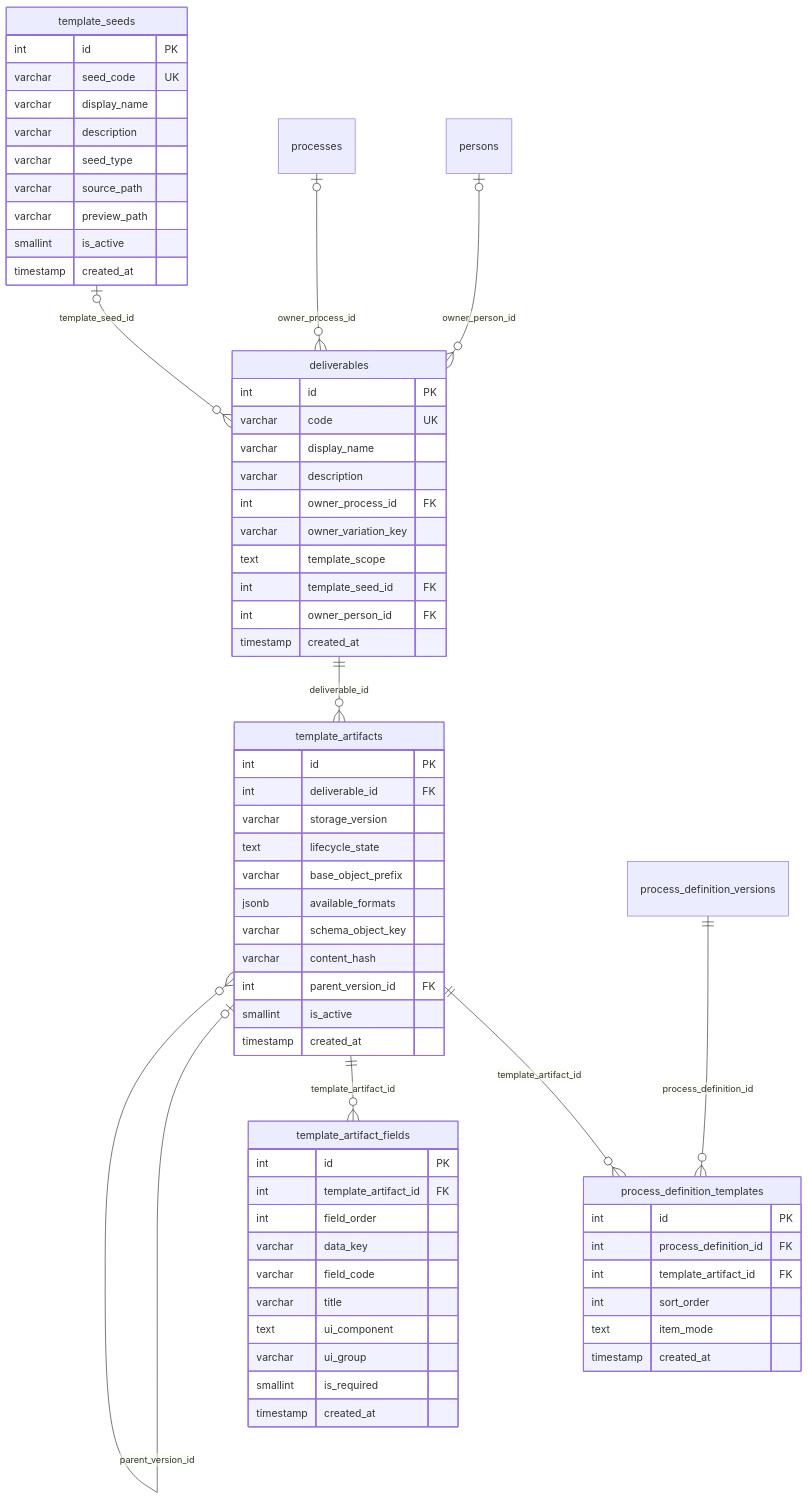
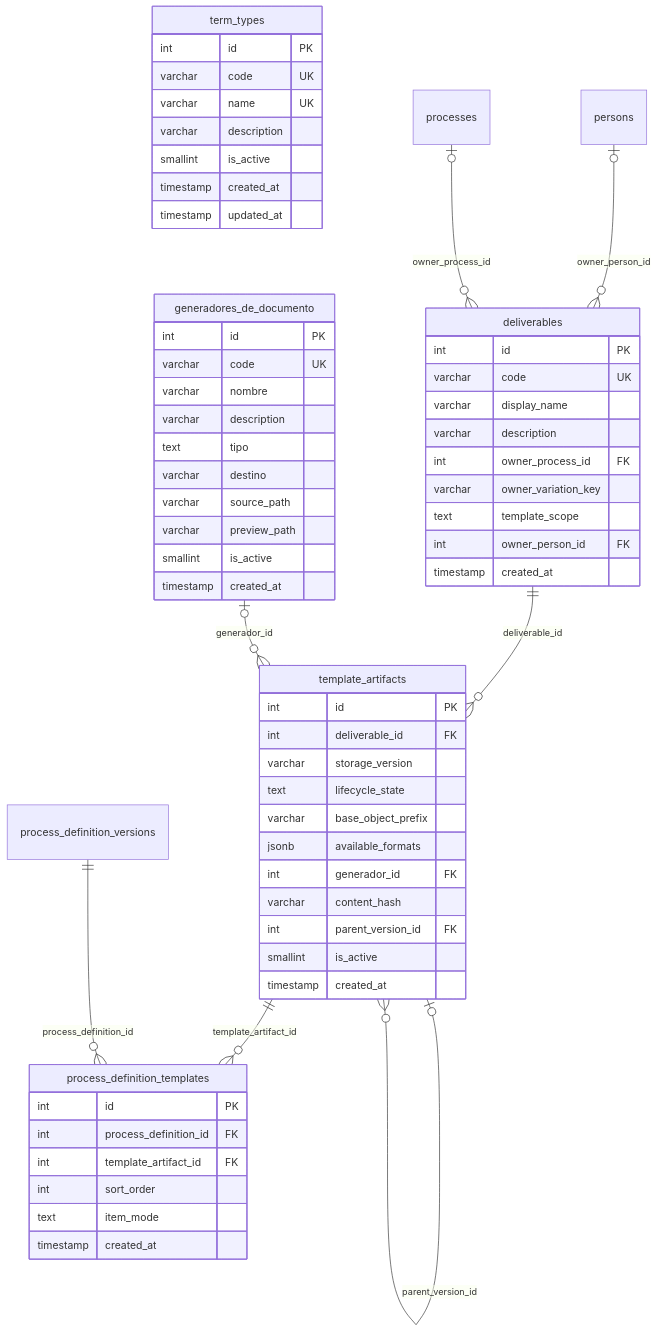
Before and after one commit to fresvel/deasy: the third of 10 diagrams in docs/src/content/docs/modelo/mapa-con-campos.md, drawn with Mermaid. The commit also changed other lines of this file and 63 other files, not shown here.

````diff
--- a/docs/src/content/docs/modelo/mapa-con-campos.md
+++ b/docs/src/content/docs/modelo/mapa-con-campos.md
@@ -234,68 +225,64 @@
 ```mermaid
 erDiagram
   %% generado por scripts/docs/gen-mapa-campos.mjs: no se edita a mano
-  template_seeds {
+  term_types {
     int id PK
-    varchar seed_code UK
-    varchar display_name
+    varchar code UK
+    varchar name UK
     varchar description
-    varchar seed_type
-    varchar source_path
-    varchar preview_path
     smallint is_active
     timestamp created_at
+    timestamp updated_at
   }
   deliverables {
     int id PK
     varchar code UK
     varchar display_name
     varchar description
     int owner_process_id FK
     varchar owner_variation_key
     text template_scope
-    int template_seed_id FK
     int owner_person_id FK
     timestamp created_at
   }
   template_artifacts {
     int id PK
     int deliverable_id FK
     varchar storage_version
     text lifecycle_state
     varchar base_object_prefix
     jsonb available_formats
-    varchar schema_object_key
+    int generador_id FK
     varchar content_hash
     int parent_version_id FK
     smallint is_active
     timestamp created_at
   }
-  template_artifact_fields {
+  generadores_de_documento {
     int id PK
-    int template_artifact_id FK
-    int field_order
-    varchar data_key
-    varchar field_code
-    varchar title
-    text ui_component
-    varchar ui_group
-    smallint is_required
+    varchar code UK
+    varchar nombre
+    varchar description
+    text tipo
+    varchar destino
+    varchar source_path
+    varchar preview_path
+    smallint is_active
     timestamp created_at
   }
   process_definition_templates {
     int id PK
     int process_definition_id FK
     int template_artifact_id FK
     int sort_order
     text item_mode
     timestamp created_at
   }
   persons |o--o{ deliverables : "owner_person_id"
   processes |o--o{ deliverables : "owner_process_id"
-  template_seeds |o--o{ deliverables : "template_seed_id"
   template_artifacts ||--o{ process_definition_templates : "template_artifact_id"
   process_definition_versions ||--o{ process_definition_templates : "process_definition_id"
-  template_artifacts ||--o{ template_artifact_fields : "template_artifact_id"
   deliverables ||--o{ template_artifacts : "deliverable_id"
+  generadores_de_documento |o--o{ template_artifacts : "generador_id"
   template_artifacts |o--o{ template_artifacts : "parent_version_id"
 ```
````
